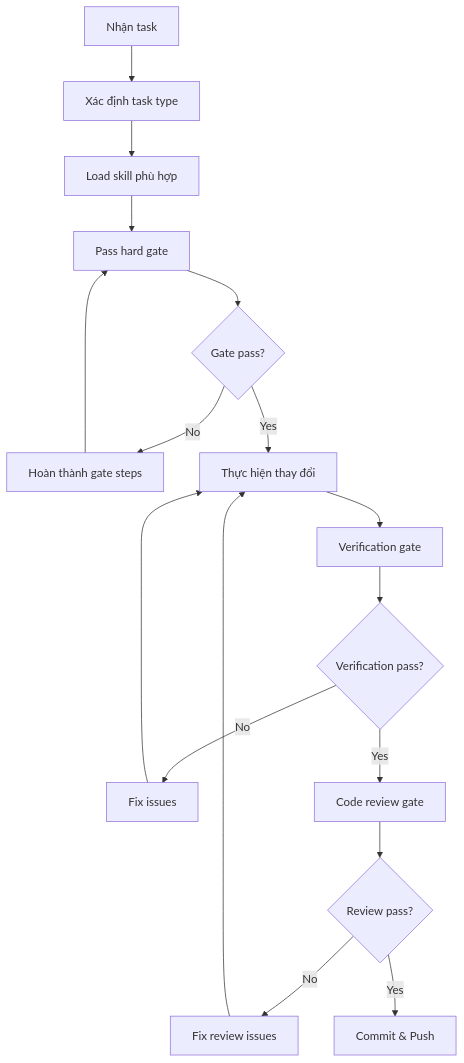
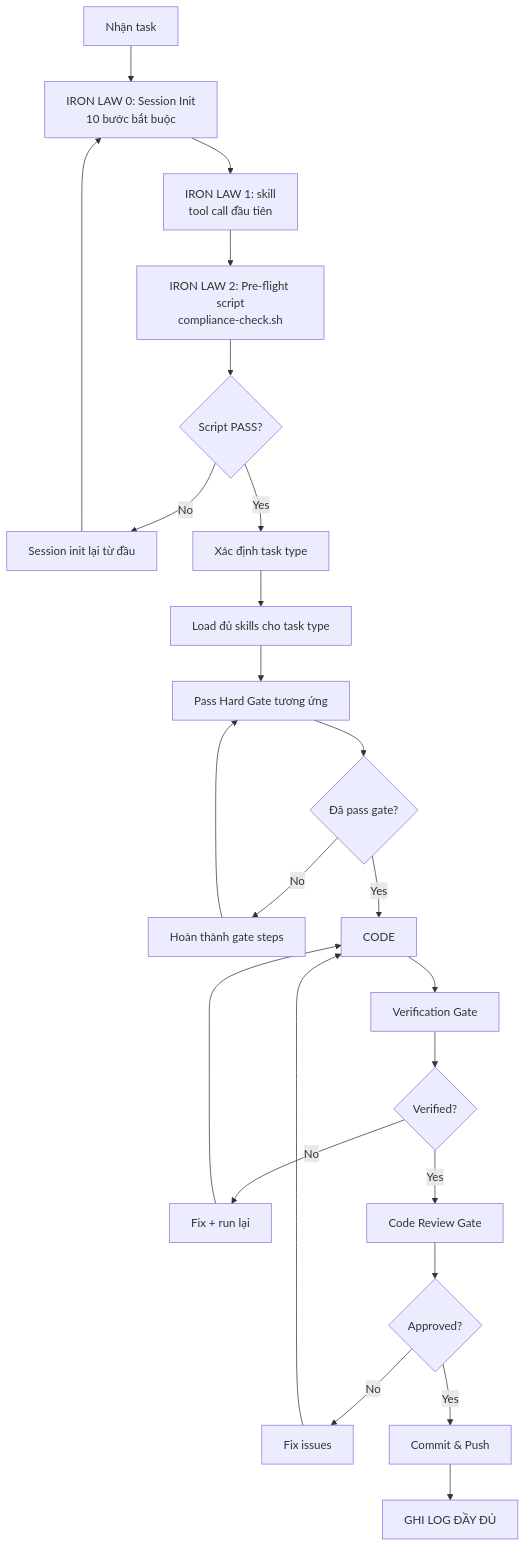
One commit to MingDuc1905/TMDT changed the diagram in CLAUDE.md. Above: the diagram before and after it, drawn with Mermaid. The commit also changed other lines of this file, not shown here.

Commit message:
docs: rewrite CLAUDE.md with iron-clad enforcement system + compliance-check.sh

````diff
--- a/CLAUDE.md
+++ b/CLAUDE.md
@@ -240,19 +336,26 @@
 ```mermaid
 flowchart TD
-    A[Nhận task] --> B[Xác định task type]
-    B --> C[Load skill phù hợp]
-    C --> D[Pass hard gate]
-    D --> E{Gate pass?}
-    E -->|No| F[Hoàn thành gate steps]
-    F --> D
-    E -->|Yes| G[Thực hiện thay đổi]
-    G --> H[Verification gate]
-    H --> I{Verification pass?}
-    I -->|No| J[Fix issues]
-    J --> G
-    I -->|Yes| K[Code review gate]
-    K --> L{Review pass?}
-    L -->|No| M[Fix review issues]
-    M --> G
-    L -->|Yes| N[Commit & Push]
+    A[Nhận task] --> B[IRON LAW 0: Session Init\n10 bước bắt buộc]
+    B --> C[IRON LAW 1: skill <name>\ntool call đầu tiên]
+    C --> D[IRON LAW 2: Pre-flight script\ncompliance-check.sh]
+    D --> E{Script PASS?}
+    E -->|No| F[Session init lại từ đầu]
+    F --> B
+    E -->|Yes| G[Xác định task type]
+    G --> H[Load đủ skills cho task type]
+    H --> I[Pass Hard Gate tương ứng]
+    I --> J{Đã pass gate?}
+    J -->|No| K[Hoàn thành gate steps]
+    K --> I
+    J -->|Yes| L[CODE]
+    L --> M[Verification Gate]
+    M --> N{Verified?}
+    N -->|No| O[Fix + run lại]
+    O --> L
+    N -->|Yes| P[Code Review Gate]
+    P --> Q{Approved?}
+    Q -->|No| R[Fix issues]
+    R --> L
+    Q -->|Yes| S[Commit & Push]
+    S --> T[GHI LOG ĐẦY ĐỦ]
 ```
````
